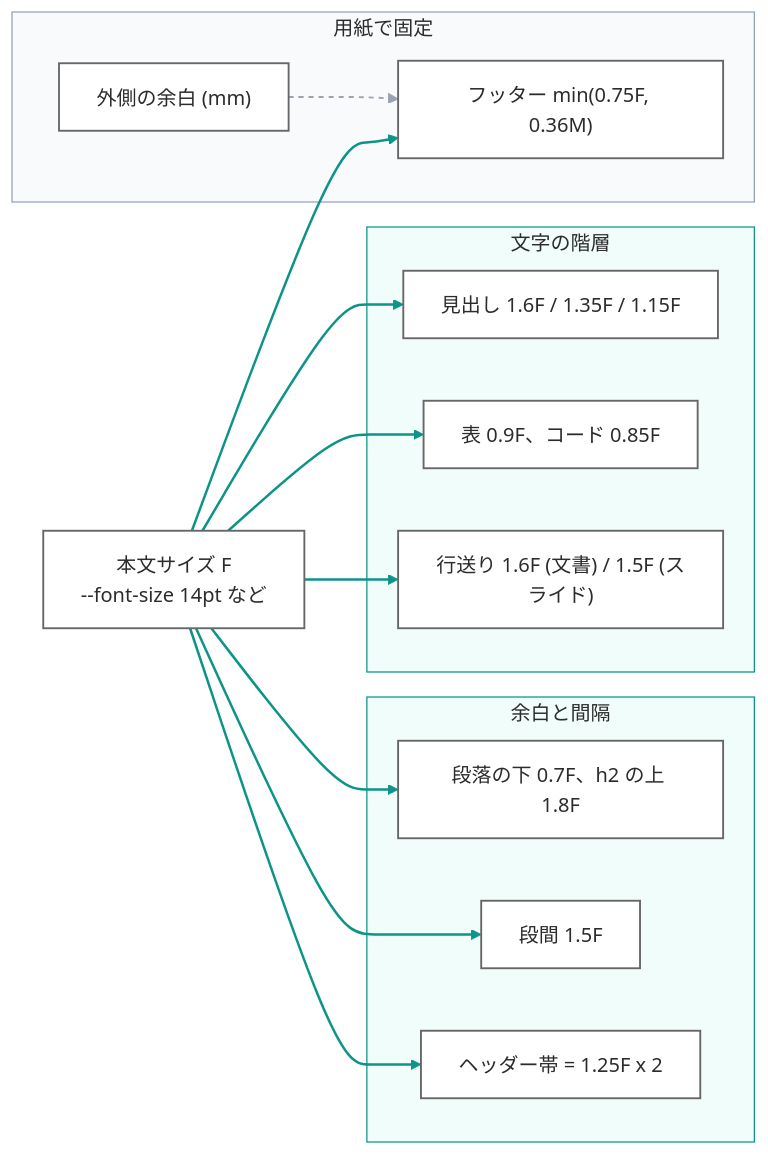
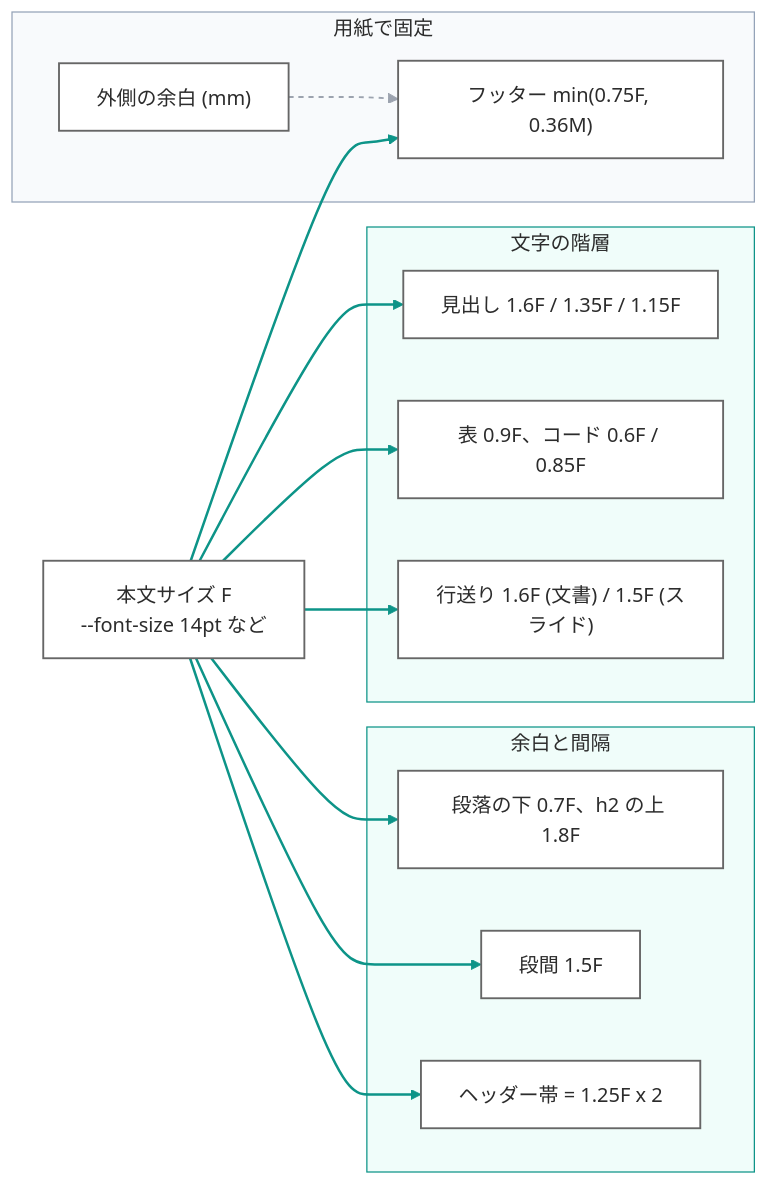
The first of 3 diagrams in docs/DESIGN_ja.md (gospelo-dev/md2html), drawn with Mermaid (forest theme) before and after one commit. The commit also changed other lines of this file and 7 other files, not shown here.

First line of the commit message:
docs: update for code blocks, Mermaid splits, and column balancing rules

````diff
--- a/docs/DESIGN_ja.md
+++ b/docs/DESIGN_ja.md
@@ -11,34 +11,34 @@
 ```mermaid
 flowchart LR
     F["本文サイズ F<br/>--font-size 14pt など"]
     subgraph Type["文字の階層"]
         H["見出し 1.6F / 1.35F / 1.15F"]
-        T["表 0.9F、コード 0.85F"]
+        T["表 0.9F、コード 0.6F / 0.85F"]
         L["行送り 1.6F (文書) / 1.5F (スライド)"]
     end
     subgraph Space["余白と間隔"]
         P["段落の下 0.7F、h2 の上 1.8F"]
         G["段間 1.5F"]
         B["ヘッダー帯 = 1.25F x 2"]
     end
     subgraph Fix["用紙で固定"]
         M["外側の余白 (mm)"]
         Foot["フッター min(0.75F, 0.36M)"]
     end
     F --> H
     F --> T
     F --> L
     F --> P
     F --> G
     F --> B
     F --> Foot
     M -.-> Foot
 
     classDef node fill:#FFFFFF,stroke:#666666,stroke-width:1.5px,color:#2C2C2C
     class F,H,T,L,P,G,B,M,Foot node
     style Type fill:#F0FDFA,stroke:#0D9488,color:#2C2C2C
     style Space fill:#F0FDFA,stroke:#0D9488,color:#2C2C2C
     style Fix fill:#F8FAFC,stroke:#94A3B8,color:#2C2C2C
     linkStyle 0,1,2,3,4,5,6 stroke:#0D9488,stroke-width:2px
     linkStyle 7 stroke:#9CA3AF,stroke-width:1.5px,stroke-dasharray:4 4
 ```
````
